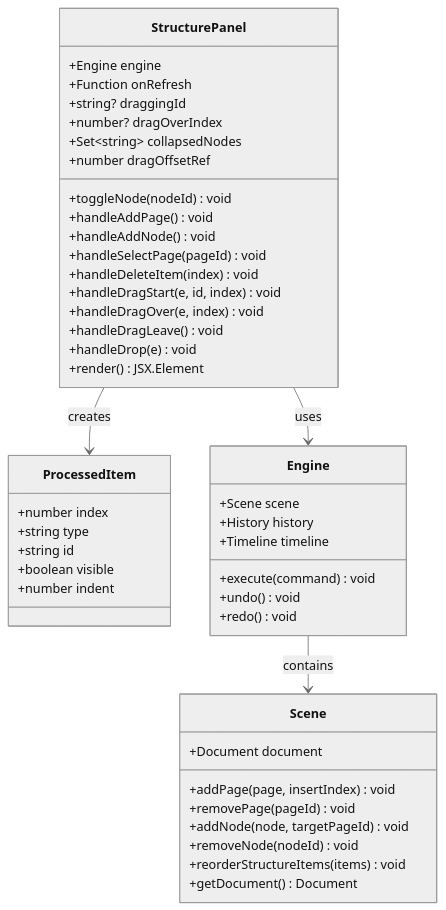
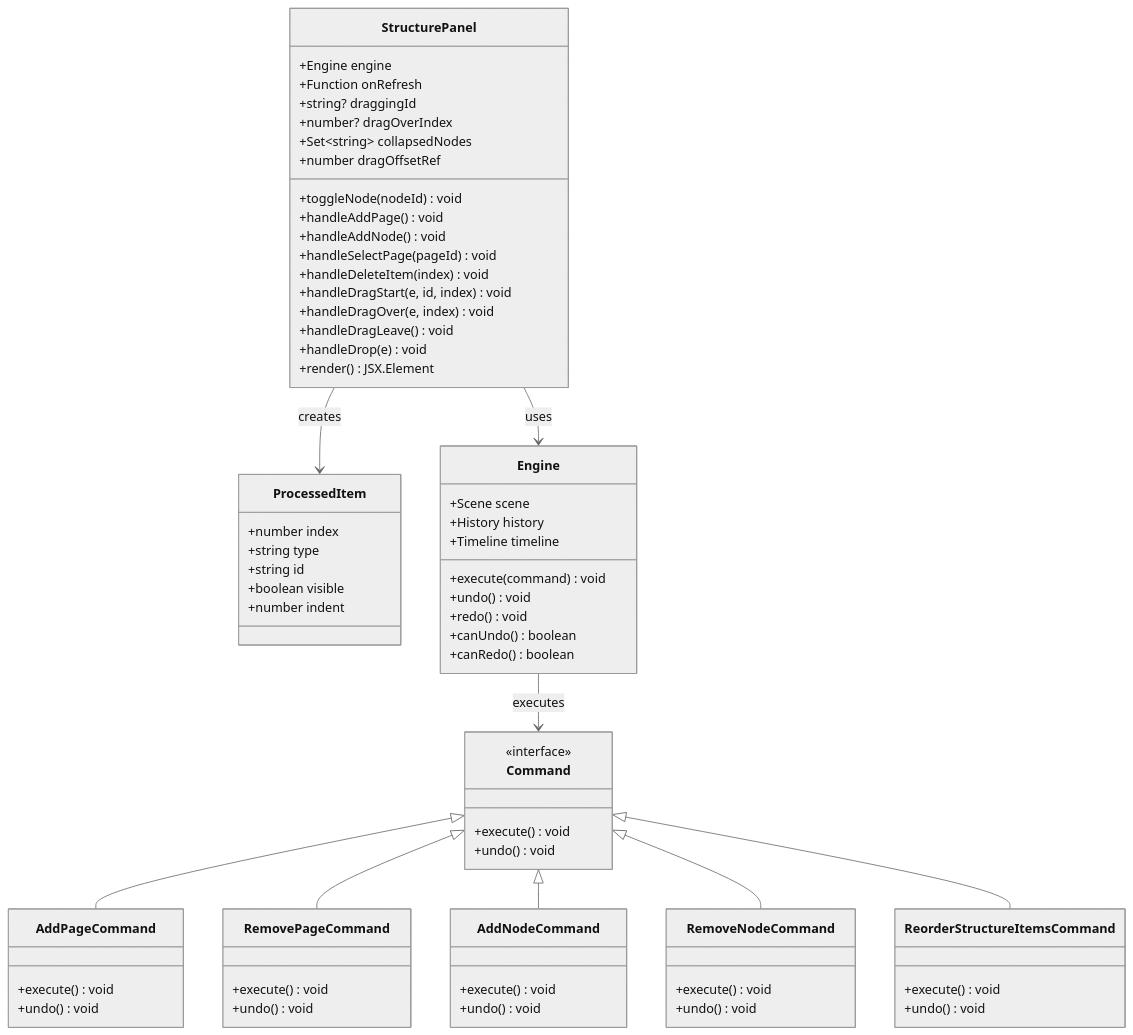
One commit to Anna0314zy/ai_editor_enginer changed the third of 7 diagrams in .qoder/repowiki/en/content/User Interface Components/Structure Panel Component.md. Above: the diagram before and after it, drawn with Mermaid (neutral theme). The commit also changed other lines of this file and 44 other files, not shown here.

````diff
--- a/.qoder/repowiki/en/content/User Interface Components/Structure Panel Component.md
+++ b/.qoder/repowiki/en/content/User Interface Components/Structure Panel Component.md
@@ -146,48 +175,71 @@
 ```mermaid
 classDiagram
 class StructurePanel {
 +Engine engine
 +Function onRefresh
 +string? draggingId
 +number? dragOverIndex
 +Set~string~ collapsedNodes
 +number dragOffsetRef
 +toggleNode(nodeId) void
 +handleAddPage() void
 +handleAddNode() void
 +handleSelectPage(pageId) void
 +handleDeleteItem(index) void
 +handleDragStart(e, id, index) void
 +handleDragOver(e, index) void
 +handleDragLeave() void
 +handleDrop(e) void
 +render() JSX.Element
 }
 class ProcessedItem {
 +number index
 +string type
 +string id
 +boolean visible
 +number indent
 }
 class Engine {
 +Scene scene
 +History history
 +Timeline timeline
 +execute(command) void
 +undo() void
 +redo() void
++canUndo() boolean
++canRedo() boolean
 }
-class Scene {
-+Document document
-+addPage(page, insertIndex) void
-+removePage(pageId) void
-+addNode(node, targetPageId) void
-+removeNode(nodeId) void
-+reorderStructureItems(items) void
-+getDocument() Document
+class Command {
+<<interface>>
++execute() void
++undo() void
+}
+class AddPageCommand {
++execute() void
++undo() void
+}
+class RemovePageCommand {
++execute() void
++undo() void
+}
+class AddNodeCommand {
++execute() void
++undo() void
+}
+class RemoveNodeCommand {
++execute() void
++undo() void
+}
+class ReorderStructureItemsCommand {
++execute() void
++undo() void
 }
 StructurePanel --> Engine : uses
-Engine --> Scene : contains
+Engine --> Command : executes
+Command <|-- AddPageCommand
+Command <|-- RemovePageCommand
+Command <|-- AddNodeCommand
+Command <|-- RemoveNodeCommand
+Command <|-- ReorderStructureItemsCommand
 StructurePanel --> ProcessedItem : creates
 ```
````
